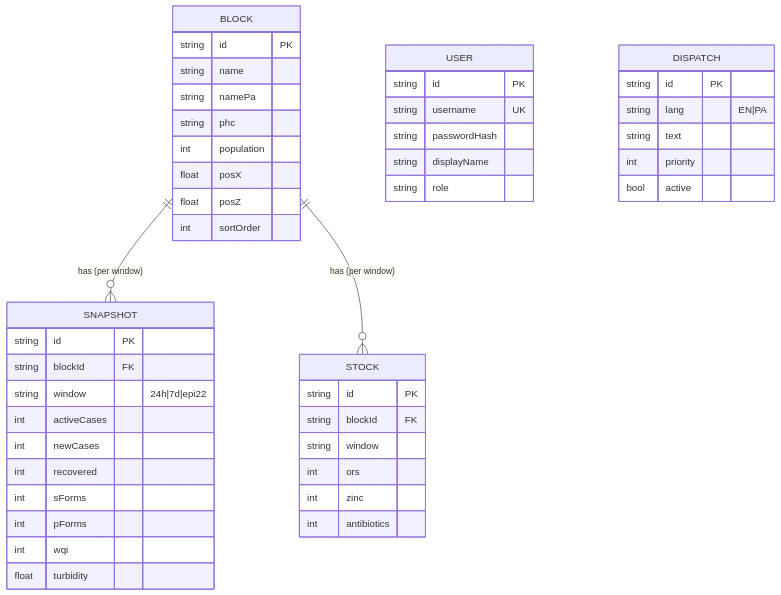
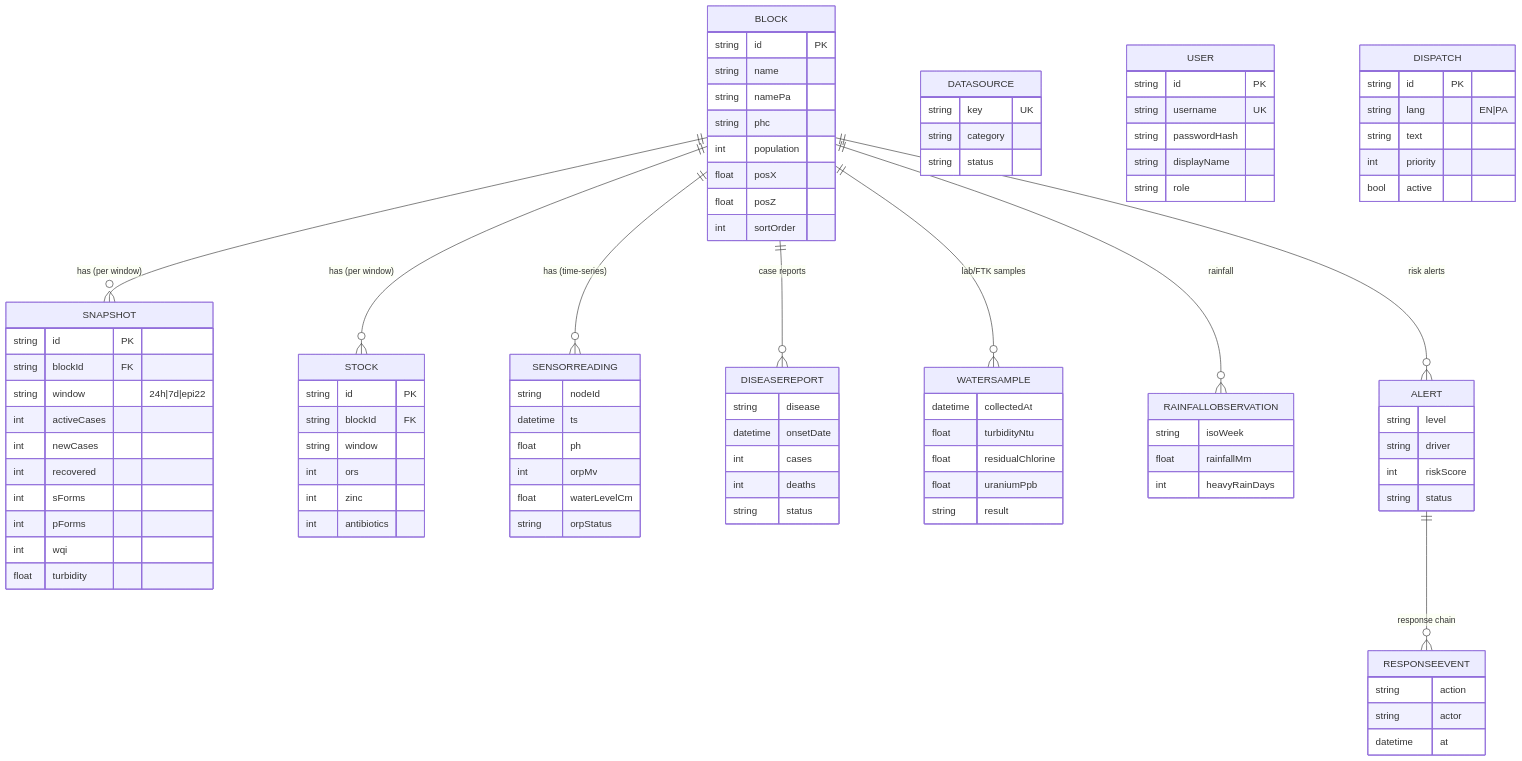
Before and after one commit to TushKum/digital-scrapbook: the diagram in docs/DATABASE.md, drawn with Mermaid. The commit also changed other lines of this file and 1 other file, not shown here.

Commit message:
feat(db): expand schema to 12 tables (feeds, sensors, alert workflow, source registry)
Add 6 models to the existing 6 (blocks/snapshots/stock/users/dispatches/
sensor_readings):
- disease_reports  — IDSP/IHIP/RTI case line-list (empty; pending feed)
- water_samples    — WQMIS/DWSS/FTK/CGWB samples with collection date (empty)
- rainfall_observations — NASA POWER/IMD weekly rainfall (real data available)
- alerts           — rule-based risk alerts
- response_events  — alert->ack->assign->act->verify->close audit chain
- data_sources     — integration source registry (mirrors DATA_ARCHITECTURE.md)

Schema validated (prisma format). Not migrated/populated — DATABASE.md marks
exactly which tables hold demo/simulated/real data vs. defined-but-empty.

```diff
--- a/docs/DATABASE.md
+++ b/docs/DATABASE.md
@@ -23,6 +23,12 @@
 erDiagram
     BLOCK ||--o{ SNAPSHOT : "has (per window)"
     BLOCK ||--o{ STOCK : "has (per window)"
+    BLOCK ||--o{ SENSORREADING : "has (time-series)"
+    BLOCK ||--o{ DISEASEREPORT : "case reports"
+    BLOCK ||--o{ WATERSAMPLE : "lab/FTK samples"
+    BLOCK ||--o{ RAINFALLOBSERVATION : "rainfall"
+    BLOCK ||--o{ ALERT : "risk alerts"
+    ALERT ||--o{ RESPONSEEVENT : "response chain"
     BLOCK {
       string id PK
       string name
@@ -53,6 +59,49 @@
       int    zinc
       int    antibiotics
     }
+    SENSORREADING {
+      string   nodeId
+      datetime ts
+      float    ph
+      int      orpMv
+      float    waterLevelCm
+      string   orpStatus
+    }
+    DISEASEREPORT {
+      string   disease
+      datetime onsetDate
+      int      cases
+      int      deaths
+      string   status
+    }
+    WATERSAMPLE {
+      datetime collectedAt
+      float    turbidityNtu
+      float    residualChlorine
+      float    uraniumPpb
+      string   result
+    }
+    RAINFALLOBSERVATION {
+      string isoWeek
+      float  rainfallMm
+      int    heavyRainDays
+    }
+    ALERT {
+      string level
+      string driver
+      int    riskScore
+      string status
+    }
+    RESPONSEEVENT {
+      string   action
+      string   actor
+      datetime at
+    }
+    DATASOURCE {
+      string key UK
+      string category
+      string status
+    }
     USER {
       string id PK
       string username UK
```
